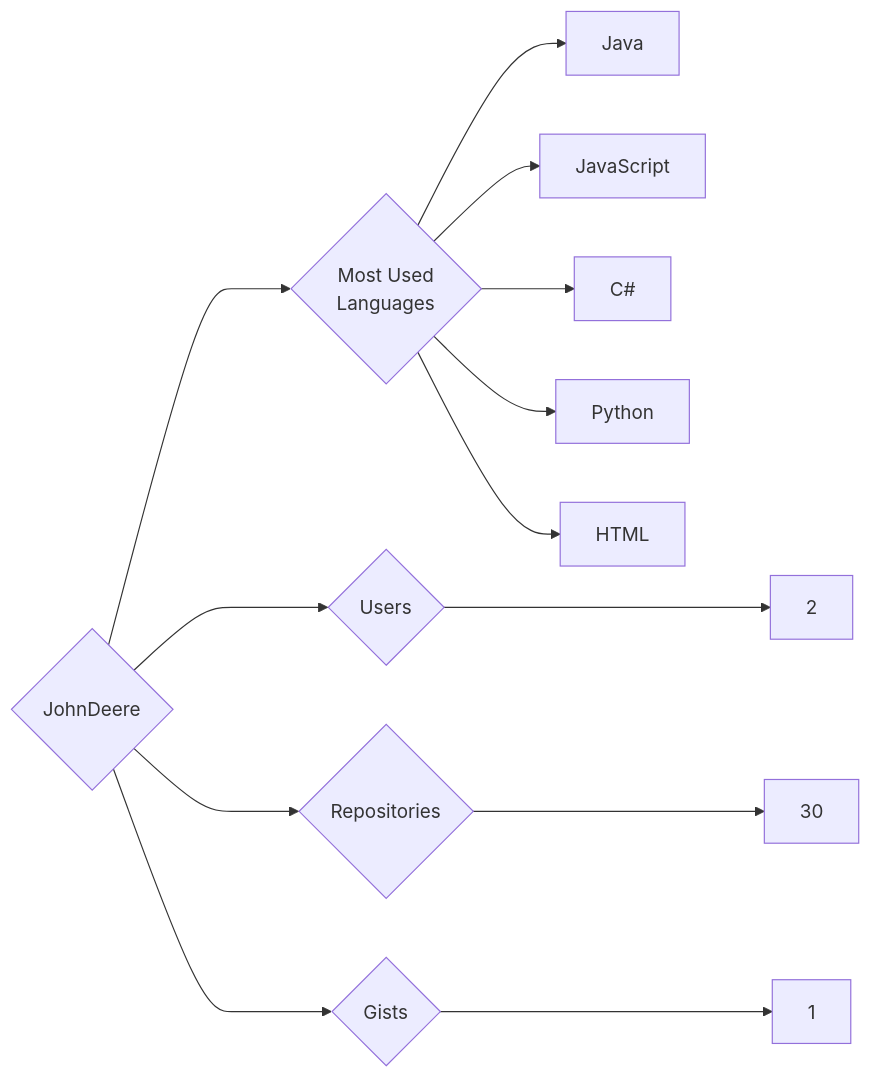
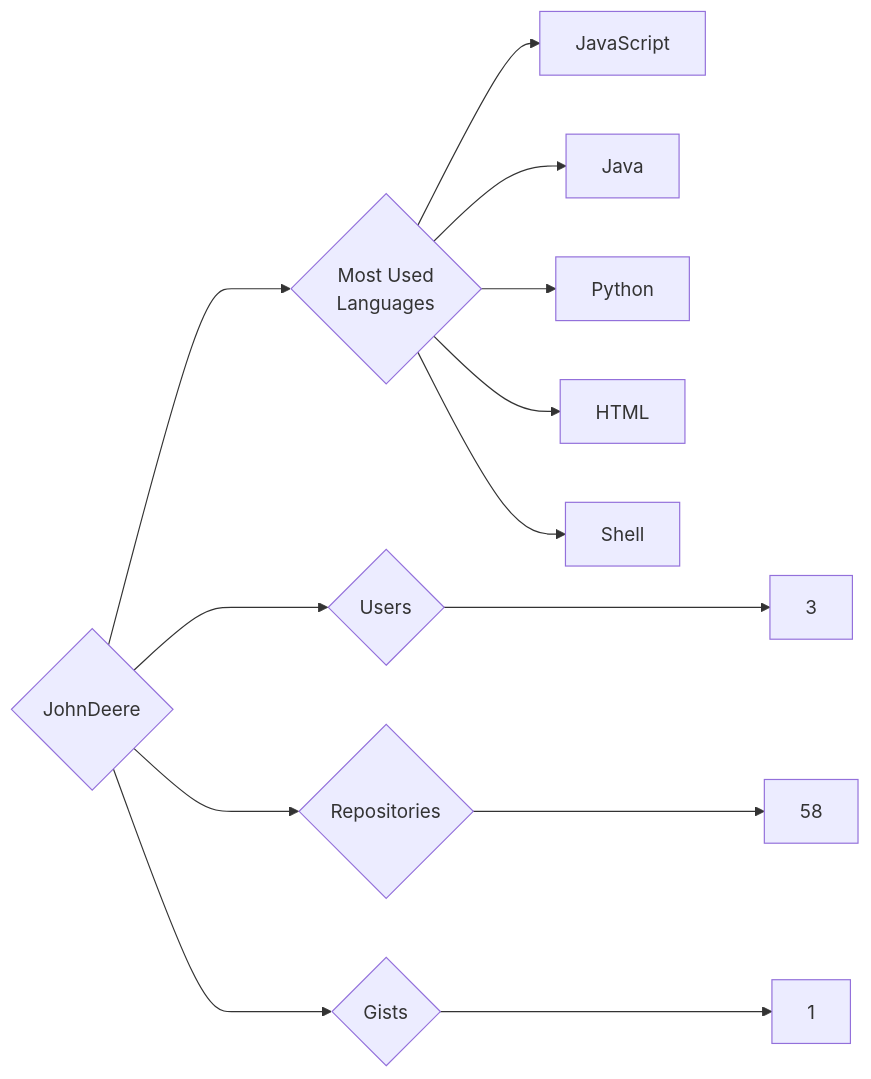
Before and after one commit to trickest/insiders: the diagram in targets/JohnDeere/README.md, drawn with Mermaid. The commit also changed 1314 other files, not shown here.

````diff
--- a/targets/JohnDeere/README.md
+++ b/targets/JohnDeere/README.md
@@ -3,13 +3,13 @@
 ```mermaid
 graph LR
 COMPANY_NAME{JohnDeere}
-COMPANY_NAME ---> U{Users} ---> UN[2]
-COMPANY_NAME ---> R{Repositories} ---> RN[30]
+COMPANY_NAME ---> U{Users} ---> UN[3]
+COMPANY_NAME ---> R{Repositories} ---> RN[58]
 COMPANY_NAME ---> G{Gists} ---> GN[1]
 COMPANY_NAME ---> ML{Most Used<br>Languages}
+ML --> JavaScript[JavaScript]
 ML --> Java[Java]
-ML --> JavaScript[JavaScript]
-ML --> C#[C#]
 ML --> Python[Python]
 ML --> HTML[HTML]
+ML --> Shell[Shell]
 ```
````
